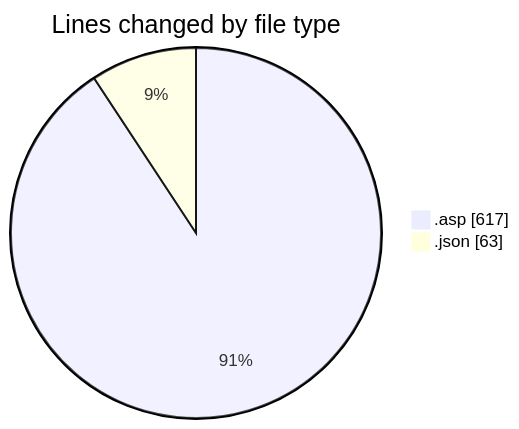
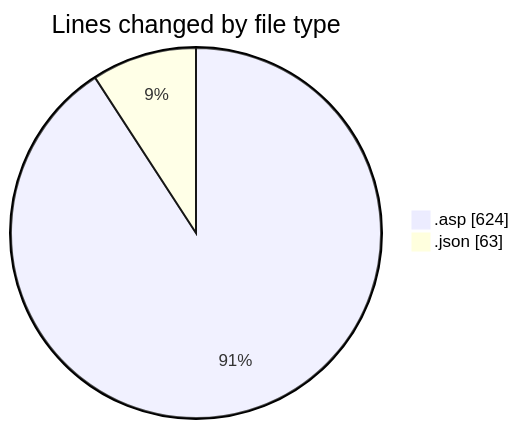
One commit to julien-gomy/code-tracking changed the first of 2 diagrams in 2025-10-20/usr_aleoudev_fr__workspace_/README.md. Above: the diagram before and after it, drawn with Mermaid. The commit also changed other lines of this file and 1 other file, not shown here.

````diff
--- a/2025-10-20/usr_aleoudev_fr__workspace_/README.md
+++ b/2025-10-20/usr_aleoudev_fr__workspace_/README.md
@@ -22,6 +22,6 @@
 ```mermaid
 pie showData
 title Lines changed by file type
-".asp" : 617
+".asp" : 624
 ".json" : 63
 ```
````
